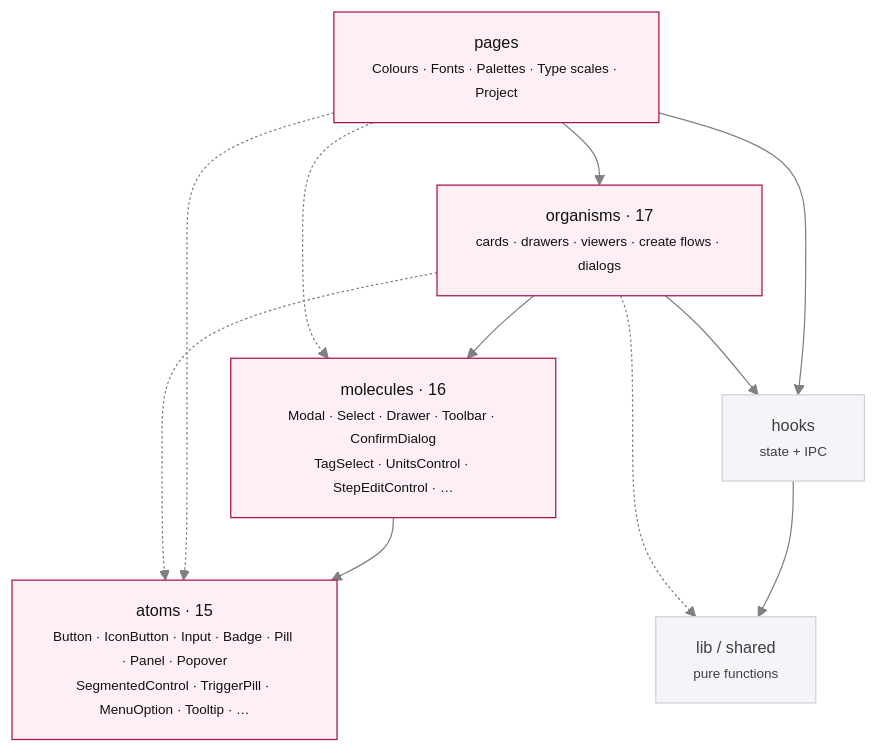
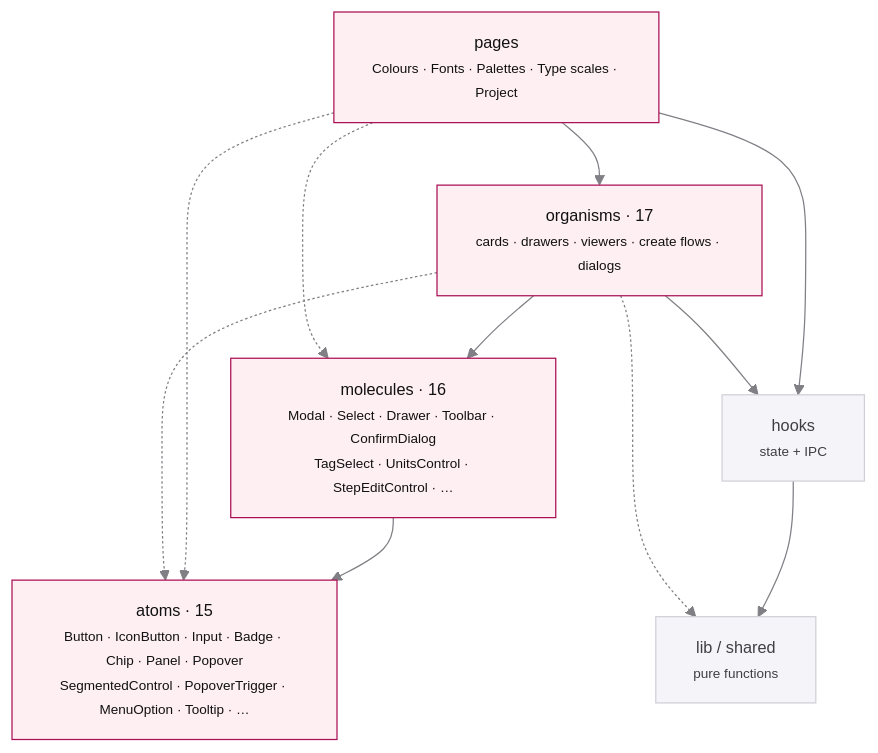
Before and after one commit to hipuku/vault: the third of 3 diagrams in DESIGN.md, drawn with Mermaid. The commit also changed other lines of this file and 22 other files, not shown here.

First line of the commit message:
Conventional names: Chip, PopoverTrigger, InlineEdit, Logo

````diff
--- a/DESIGN.md
+++ b/DESIGN.md
@@ -219,24 +219,24 @@
 ```mermaid
 %%{init: {'theme':'base','themeVariables':{'primaryColor':'#feeff2','primaryBorderColor':'#aa1055','primaryTextColor':'#111113','lineColor':'#807f85','secondaryColor':'#f5f4f9','tertiaryColor':'#ffffff','fontFamily':'Manrope, ui-sans-serif, system-ui','fontSize':'13px','mainBkg':'#feeff2','nodeBorder':'#aa1055','clusterBkg':'#fcfbfe','clusterBorder':'#e7e7ed','titleColor':'#880044'}}}%%
 flowchart TD
     P["pages<br/><small>Colours · Fonts · Palettes · Type scales · Project</small>"]
     D["organisms · 17<br/><small>cards · drawers · viewers · create flows · dialogs</small>"]
     R["molecules · 16<br/><small>Modal · Select · Drawer · Toolbar · ConfirmDialog<br/>TagSelect · UnitsControl · StepEditControl · …</small>"]
-    A["atoms · 15<br/><small>Button · IconButton · Input · Badge · Pill · Panel · Popover<br/>SegmentedControl · TriggerPill · MenuOption · Tooltip · …</small>"]
+    A["atoms · 15<br/><small>Button · IconButton · Input · Badge · Chip · Panel · Popover<br/>SegmentedControl · PopoverTrigger · MenuOption · Tooltip · …</small>"]
     H["hooks<br/><small>state + IPC</small>"]
     L["lib / shared<br/><small>pure functions</small>"]
 
     P --> D --> R --> A
     P -.-> R
     P -.-> A
     D -.-> A
     P --> H
     D --> H
     H --> L
     D -.-> L
 
     classDef lvl fill:#feeff2,stroke:#aa1055,color:#111113
     classDef side fill:#f5f4f9,stroke:#d1d0d7,color:#3f3f43
     class P,D,R,A lvl
     class H,L side
 ```
````
